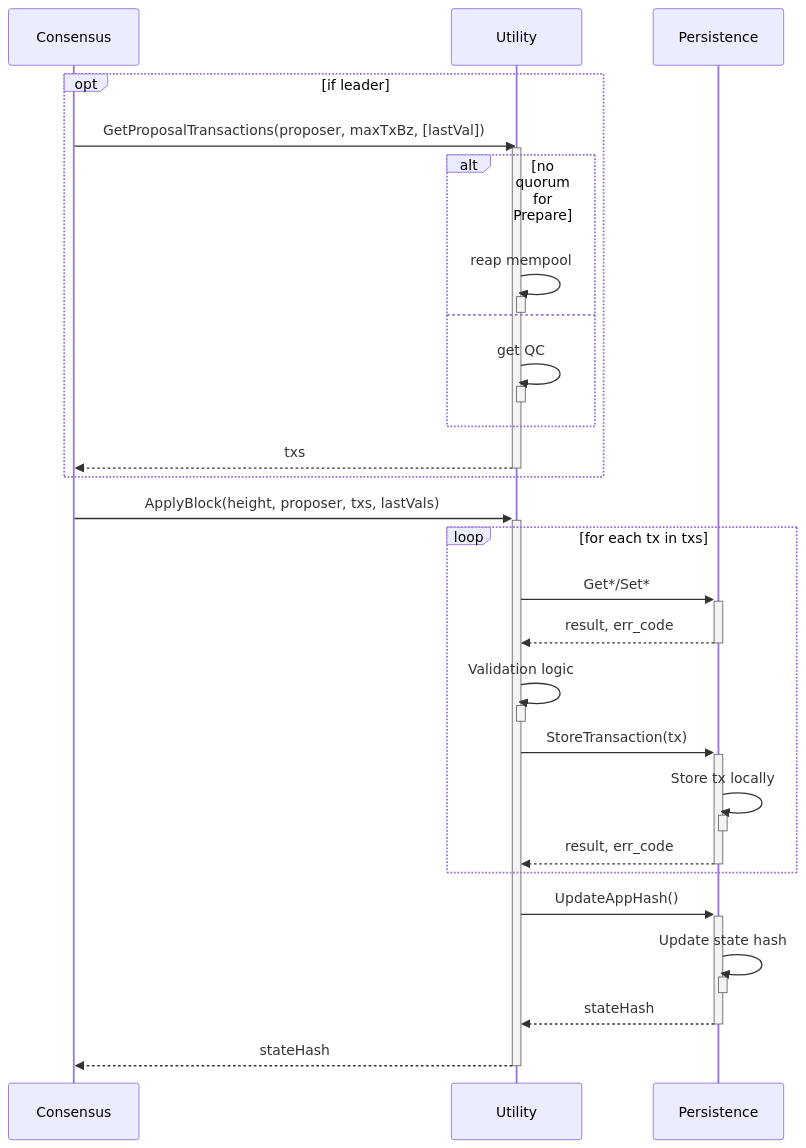
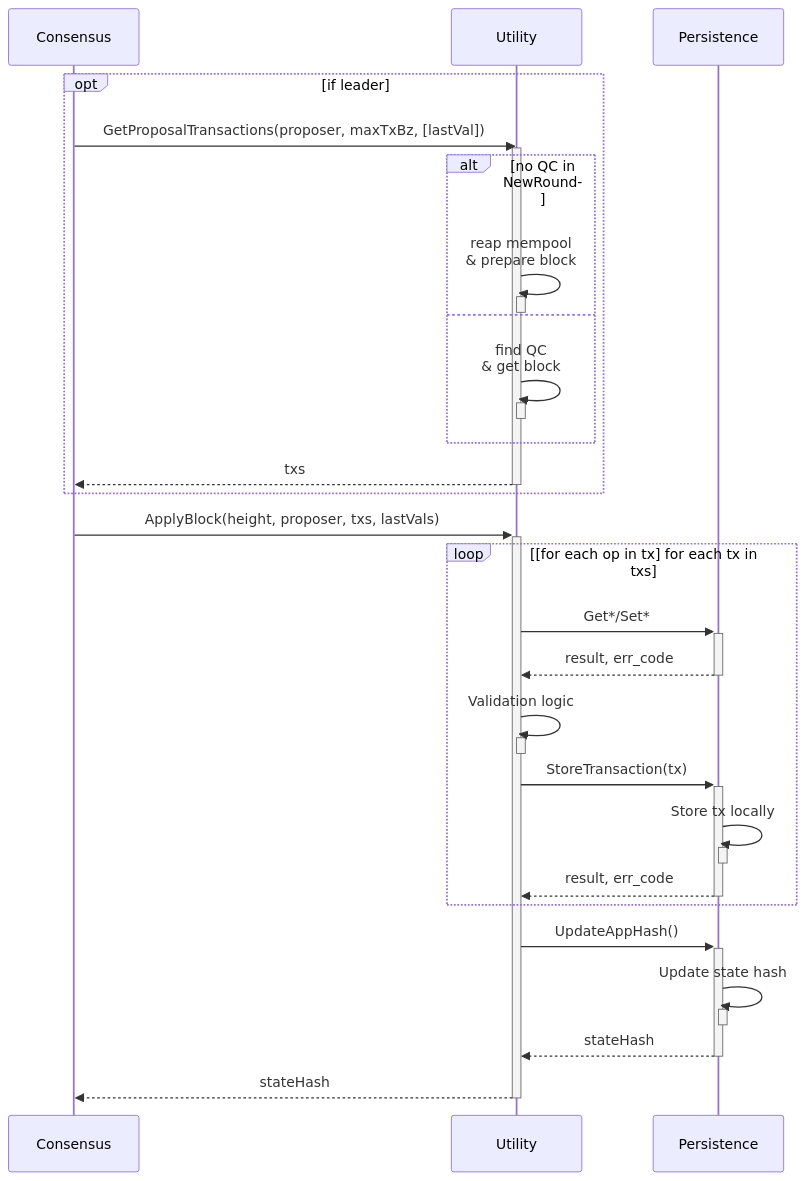
Before and after one commit to pokt-network/pocket: the second of 3 diagrams in shared/docs/flows/AppHash.md, drawn with Mermaid. The commit also changed other lines of this file and 1 other file, not shown here.

````diff
--- a/shared/docs/flows/AppHash.md
+++ b/shared/docs/flows/AppHash.md
@@ -44,41 +50,44 @@
 ```mermaid
 sequenceDiagram
     participant C as Consensus
     participant U as Utility
     participant P as Persistence
 
+    %% Prepare or get block as leader
     opt if leader
         C->>U: GetProposalTransactions(proposer, maxTxBz, [lastVal])
         activate U
-        alt no quorum for Prepare
-        U->>U: reap mempool
+        alt no QC in NewRound
+        U->>U: reap mempool <br> & prepare block
         activate U
         deactivate U
-        else
-        U->>U: get QC
+    else
+        U->>U: find QC <br> & get block
         activate U
         deactivate U
         end
         U-->>C: txs
         deactivate U
     end
+
+    %% Apply block as leader or replica
     C->>+U: ApplyBlock(height, proposer, txs, lastVals)
-    loop for each tx in txs
+    loop [for each op in tx] for each tx in txs
         U->>+P: Get*/Set*
         P-->>-U: result, err_code
         U->>U: Validation logic
         activate U
         deactivate U
         U->>+P: StoreTransaction(tx)
         P->>P: Store tx locally
         activate P
         deactivate P
         P-->>-U: result, err_code
     end
     U->>+P: UpdateAppHash()
     P->>P: Update state hash
     activate P
     deactivate P
     P-->>-U: stateHash
     U-->>-C: stateHash
 ```
````
